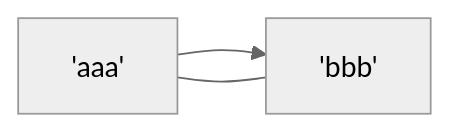
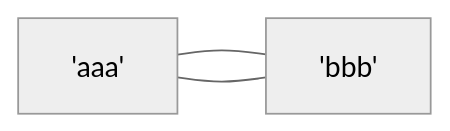
Before and after one commit to sdgixfg/iodraw-files: the diagram in all/未命名-2.md, drawn with Mermaid (neutral theme).

Commit message:
2025-05-24 13:42:26 update

````diff
--- a/all/未命名-2.md
+++ b/all/未命名-2.md
@@ -1,5 +1,5 @@
 ```mermaid
 flowchart LR
-    A['aaa']-->B['bbb']
+    A['aaa']---B['bbb']
     A --- B
 ```
````
